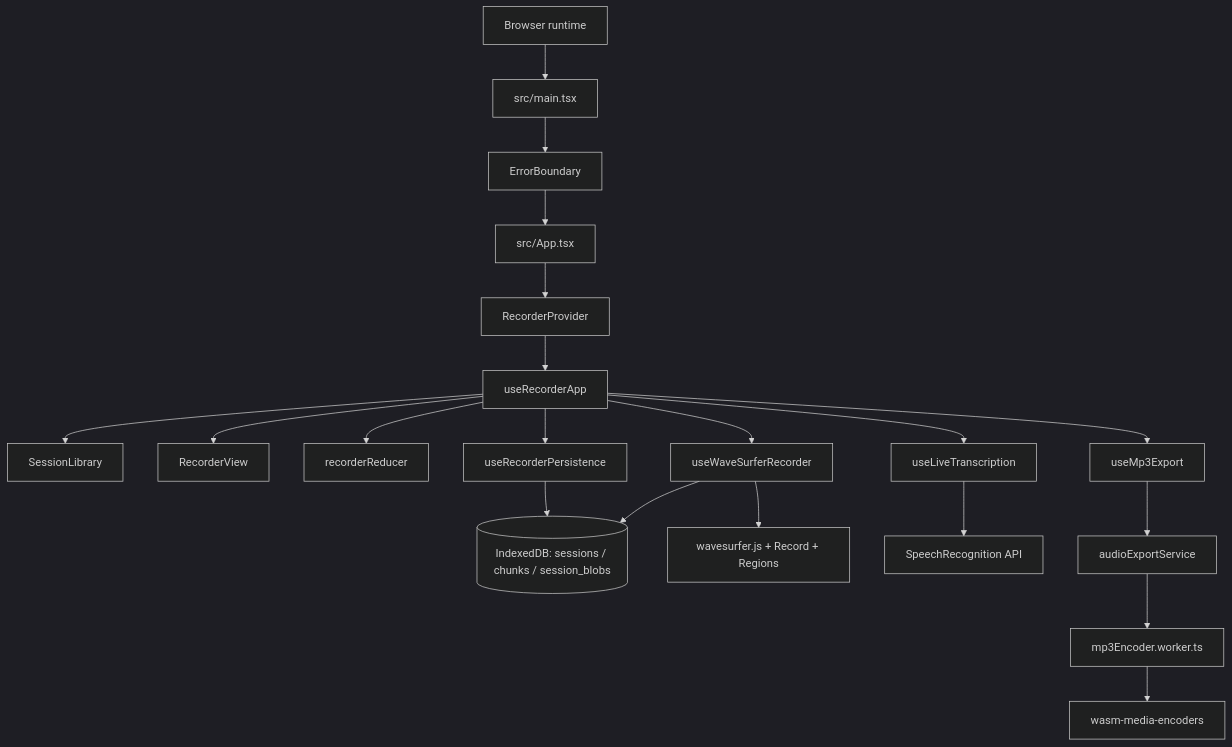
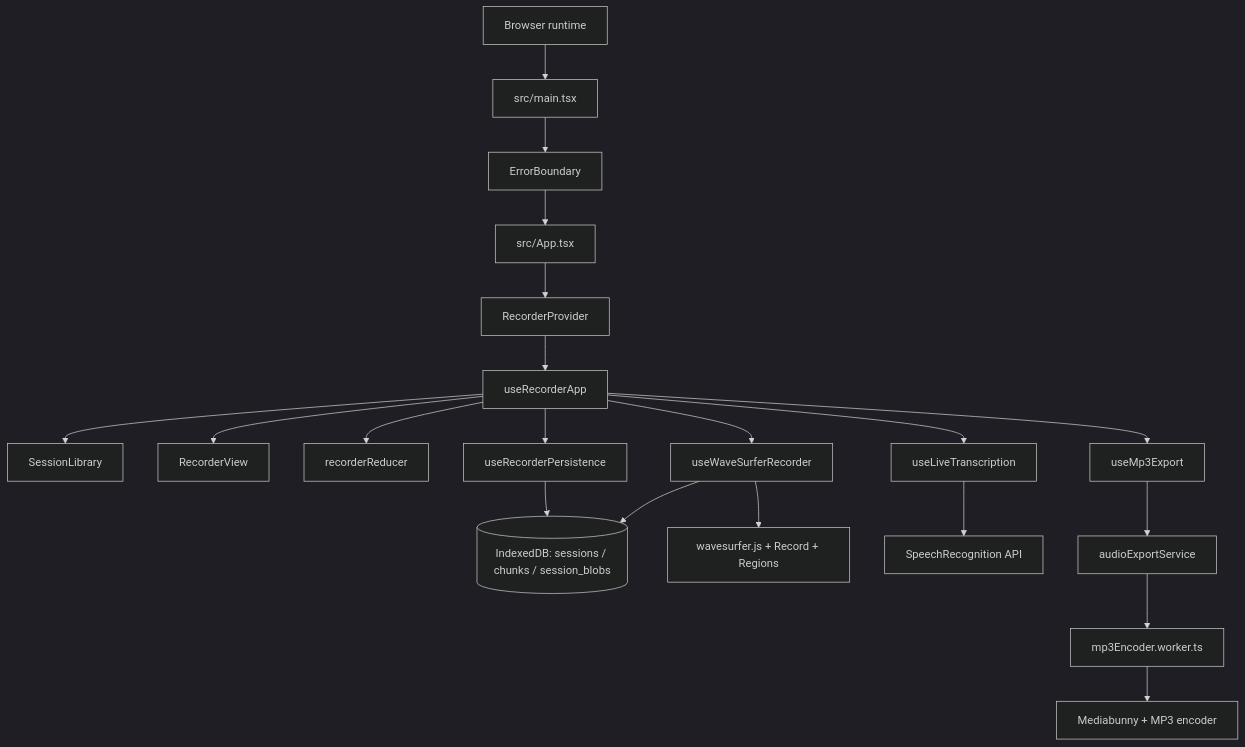
The first of 3 diagrams in ARCHITECTURE.md (katspaugh/wavesurfer-record-demo), drawn with Mermaid (dark theme) before and after one commit. The commit also changed other lines of this file and 9 other files, not shown here.

````diff
--- a/ARCHITECTURE.md
+++ b/ARCHITECTURE.md
@@ -7,24 +7,24 @@
 ```mermaid
 flowchart TD
     Browser[Browser runtime] --> Main[src/main.tsx]
     Main --> Boundary[ErrorBoundary]
     Boundary --> App[src/App.tsx]
     App --> Provider[RecorderProvider]
     Provider --> Orchestrator[useRecorderApp]
 
     Orchestrator --> LibraryUI[SessionLibrary]
     Orchestrator --> RecorderUI[RecorderView]
     Orchestrator --> Reducer[recorderReducer]
     Orchestrator --> Persistence[useRecorderPersistence]
     Orchestrator --> Waveform[useWaveSurferRecorder]
     Orchestrator --> ExportHook[useMp3Export]
     Orchestrator --> Transcription[useLiveTranscription]
 
     Persistence --> IndexedDB[(IndexedDB: sessions / chunks / session_blobs)]
     Waveform --> WaveSurfer[wavesurfer.js + Record + Regions]
     Waveform --> IndexedDB
     Transcription --> SpeechAPI[SpeechRecognition API]
     ExportHook --> ExportService[audioExportService]
     ExportService --> Worker[mp3Encoder.worker.ts]
-    Worker --> Encoder[wasm-media-encoders]
+    Worker --> Mediabunny[Mediabunny + MP3 encoder]
 ```
````
